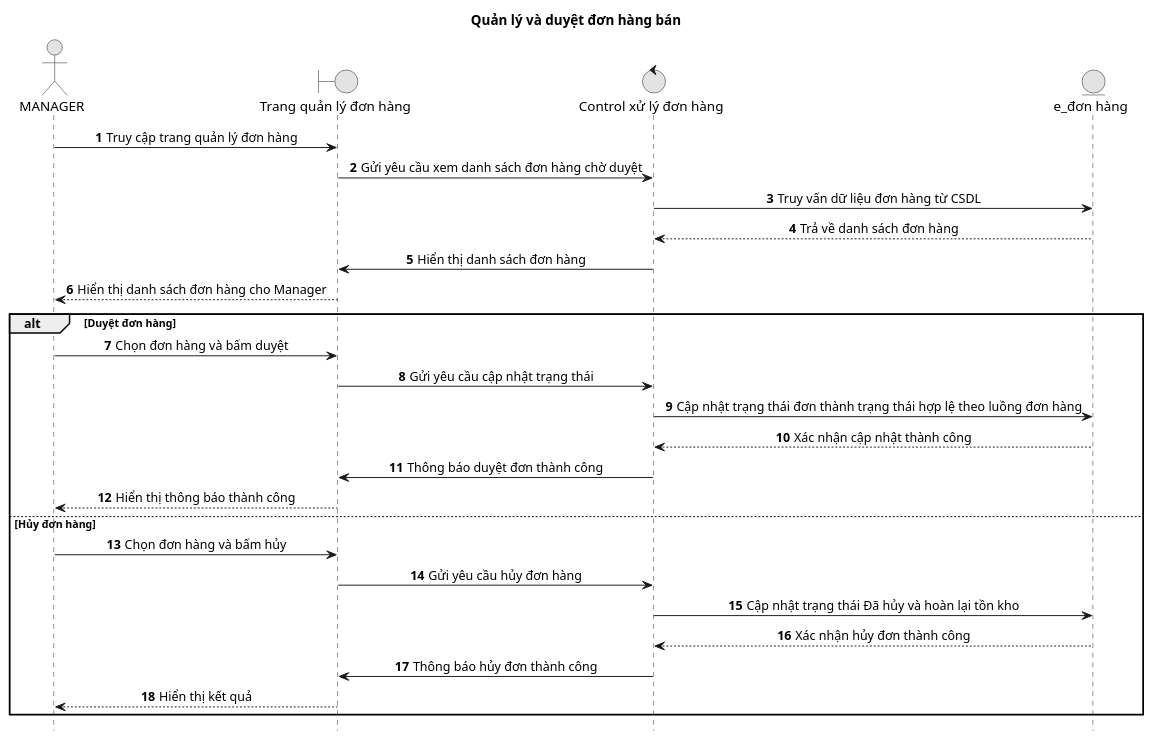
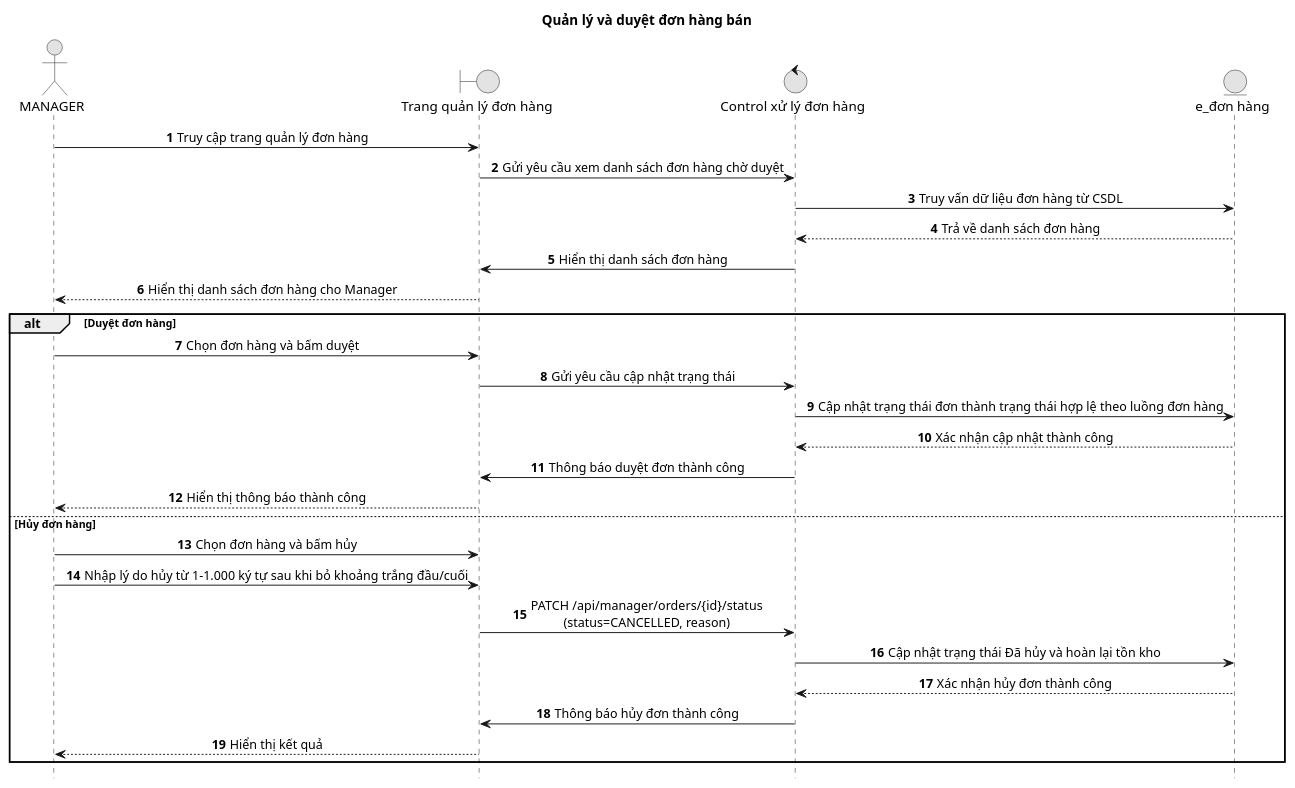
Before and after one commit to duygri/do-an-htttdn-crm: the diagram in docs/diagrams/sequence-new/admin/09-sales-order-approval.puml, drawn with PlantUML. The commit also changed 20 other files, not shown here.

Commit message:
docs: correct CRM workflow diagrams and clarify PayOS auto-cancellation behavior

```diff
--- a/docs/diagrams/sequence-new/admin/09-sales-order-approval.puml
+++ b/docs/diagrams/sequence-new/admin/09-sales-order-approval.puml
@@ -1,36 +1,37 @@
 @startuml
 title Quản lý và duyệt đơn hàng bán
 
 autonumber
 hide footbox
 skinparam monochrome true
 skinparam sequenceMessageAlign center
 skinparam responseMessageBelowArrow true
 actor MANAGER as Manager
 boundary "Trang quản lý đơn hàng" as Boundary
 control "Control xử lý đơn hàng" as Control
 entity "e_đơn hàng" as Entity
 
 Manager -> Boundary: Truy cập trang quản lý đơn hàng
 Boundary -> Control: Gửi yêu cầu xem danh sách đơn hàng chờ duyệt
 Control -> Entity: Truy vấn dữ liệu đơn hàng từ CSDL
 Entity --> Control: Trả về danh sách đơn hàng
 Control -> Boundary: Hiển thị danh sách đơn hàng
 Boundary --> Manager: Hiển thị danh sách đơn hàng cho Manager
 
 alt Duyệt đơn hàng
   Manager -> Boundary: Chọn đơn hàng và bấm duyệt
   Boundary -> Control: Gửi yêu cầu cập nhật trạng thái
   Control -> Entity: Cập nhật trạng thái đơn thành trạng thái hợp lệ theo luồng đơn hàng
   Entity --> Control: Xác nhận cập nhật thành công
   Control -> Boundary: Thông báo duyệt đơn thành công
   Boundary --> Manager: Hiển thị thông báo thành công
 else Hủy đơn hàng
   Manager -> Boundary: Chọn đơn hàng và bấm hủy
-  Boundary -> Control: Gửi yêu cầu hủy đơn hàng
+  Manager -> Boundary: Nhập lý do hủy từ 1–1.000 ký tự sau khi bỏ khoảng trắng đầu/cuối
+  Boundary -> Control: PATCH /api/manager/orders/{id}/status\n(status=CANCELLED, reason)
   Control -> Entity: Cập nhật trạng thái Đã hủy và hoàn lại tồn kho
   Entity --> Control: Xác nhận hủy đơn thành công
   Control -> Boundary: Thông báo hủy đơn thành công
   Boundary --> Manager: Hiển thị kết quả
 end
 @enduml
```
